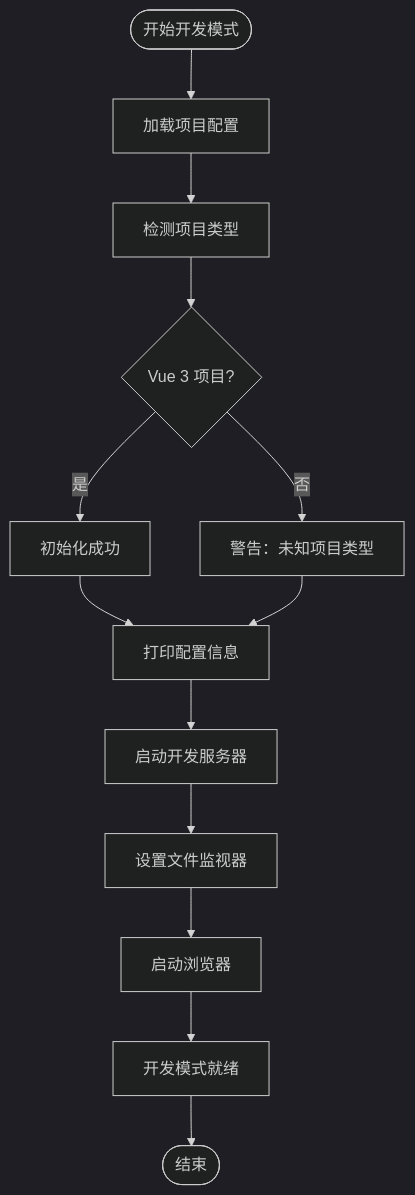
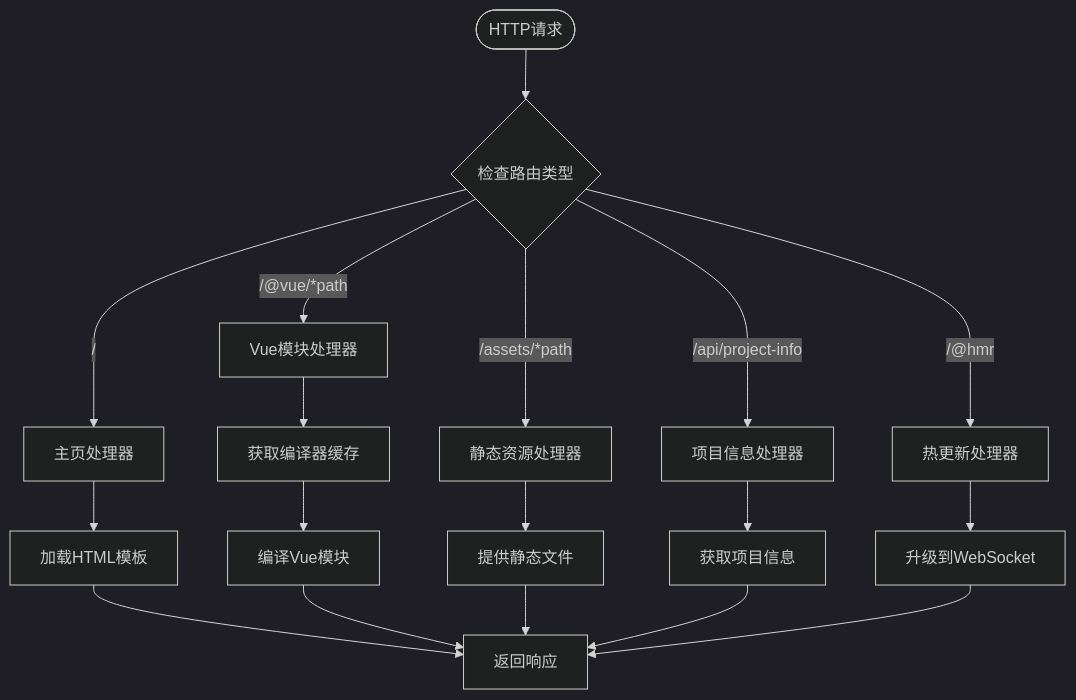
The seventh of 12 diagrams in .qoder/repowiki/zh/content/核心功能特性/工程化与商业化能力/测试框架与基础设施/Iris Runtime CLI工具.md (itszzl-sudo/iris), drawn with Mermaid (dark theme) before and after one commit. The commit also changed other lines of this file and 23 other files, not shown here.

````diff
--- a/.qoder/repowiki/zh/content/核心功能特性/工程化与商业化能力/测试框架与基础设施/Iris Runtime CLI工具.md
+++ b/.qoder/repowiki/zh/content/核心功能特性/工程化与商业化能力/测试框架与基础设施/Iris Runtime CLI工具.md
@@ -345,15 +293,20 @@
 ```mermaid
 flowchart TD
-Start([开始开发模式]) --> LoadConfig["加载项目配置"]
-LoadConfig --> DetectProject["检测项目类型"]
-DetectProject --> CheckVue3{"Vue 3 项目?"}
-CheckVue3 --> |是| InitSuccess["初始化成功"]
-CheckVue3 --> |否| WarnUnknown["警告：未知项目类型"]
-InitSuccess --> PrintConfig["打印配置信息"]
-WarnUnknown --> PrintConfig
-PrintConfig --> StartServer["启动开发服务器"]
-StartServer --> SetupWatcher["设置文件监视器"]
-SetupWatcher --> StartBrowser["启动浏览器"]
-StartBrowser --> Ready["开发模式就绪"]
-Ready --> End([结束])
+Start([HTTP请求]) --> CheckRoute{"检查路由类型"}
+CheckRoute --> |"/"| IndexHandler["主页处理器"]
+CheckRoute --> |"/@vue/*path"| VueModuleHandler["Vue模块处理器"]
+CheckRoute --> |"/assets/*path"| StaticHandler["静态资源处理器"]
+CheckRoute --> |"/api/project-info"| ProjectInfoHandler["项目信息处理器"]
+CheckRoute --> |"/@hmr"| HMRHandler["热更新处理器"]
+IndexHandler --> LoadTemplate["加载HTML模板"]
+LoadTemplate --> ReturnResponse["返回响应"]
+VueModuleHandler --> GetCompiler["获取编译器缓存"]
+GetCompiler --> CompileVue["编译Vue模块"]
+CompileVue --> ReturnResponse
+StaticHandler --> ServeStatic["提供静态文件"]
+ServeStatic --> ReturnResponse
+ProjectInfoHandler --> GetProjectInfo["获取项目信息"]
+GetProjectInfo --> ReturnResponse
+HMRHandler --> UpgradeWebSocket["升级到WebSocket"]
+UpgradeWebSocket --> ReturnResponse
 ```
````
